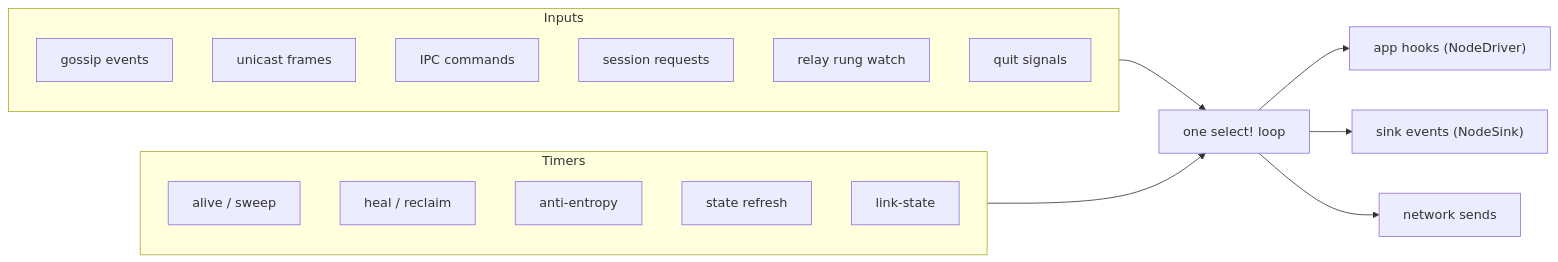
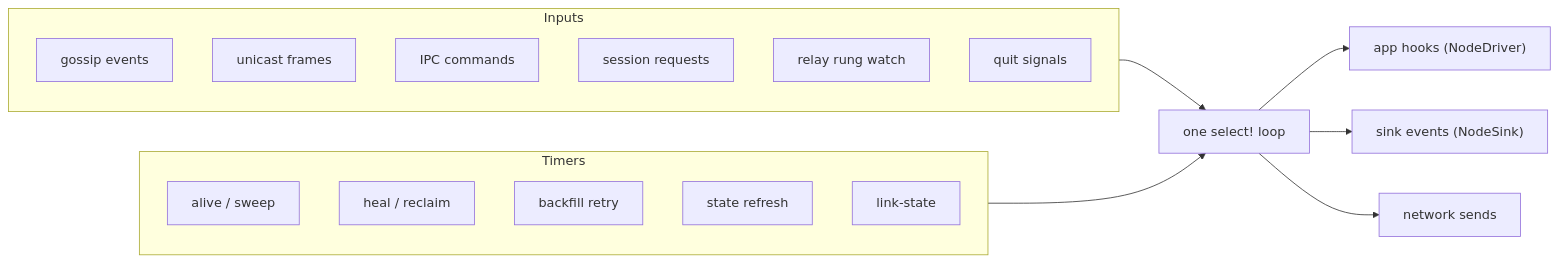
One commit to agent-habilis/habilis-network changed the fifth of 10 diagrams in docs/architecture.md. Above: the diagram before and after it, drawn with Mermaid. The commit also changed other lines of this file and 196 other files, not shown here.

First line of the commit message:
feat(gossip)!: replace anti-entropy with signed per-author slices (#52)

````diff
--- a/docs/architecture.md
+++ b/docs/architecture.md
@@ -348,24 +357,24 @@
 ```mermaid
 flowchart LR
     subgraph Inputs
         G["gossip events"]
         U["unicast frames"]
         I["IPC commands"]
         S["session requests"]
         W["relay rung watch"]
         Q["quit signals"]
     end
     subgraph Timers
         T1["alive / sweep"]
         T2["heal / reclaim"]
-        T3["anti-entropy"]
+        T3["backfill retry"]
         T4["state refresh"]
         T5["link-state"]
     end
     L["one select! loop"]
     Inputs --> L
     Timers --> L
     L --> H["app hooks (NodeDriver)"]
     L --> E["sink events (NodeSink)"]
     L --> N["network sends"]
 ```
````
